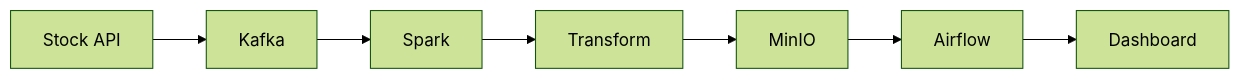
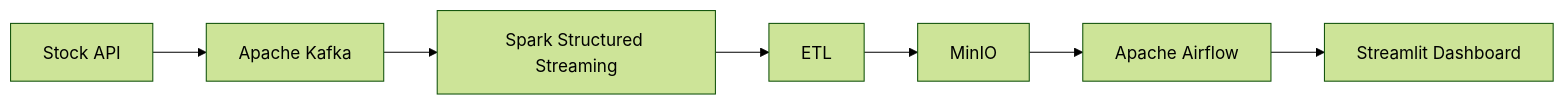
Before and after one commit to aashubhamgarg2005-commits/aashubhamgarg2005-commits: the diagram in README.md, drawn with Mermaid (forest theme). The commit also changed other lines of this file, not shown here.

````diff
--- a/README.md
+++ b/README.md
@@ -47,9 +64,9 @@
 ```mermaid
 flowchart LR
-A[Stock API]-->B[Kafka]
-B-->C[Spark]
-C-->D[Transform]
+A[Stock API]-->B[Apache Kafka]
+B-->C[Spark Structured Streaming]
+C-->D[ETL]
 D-->E[MinIO]
-E-->F[Airflow]
-F-->G[Dashboard]
+E-->F[Apache Airflow]
+F-->G[Streamlit Dashboard]
 ```
````
